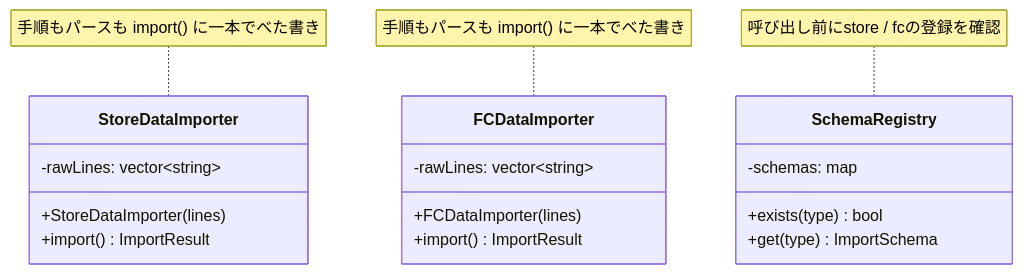
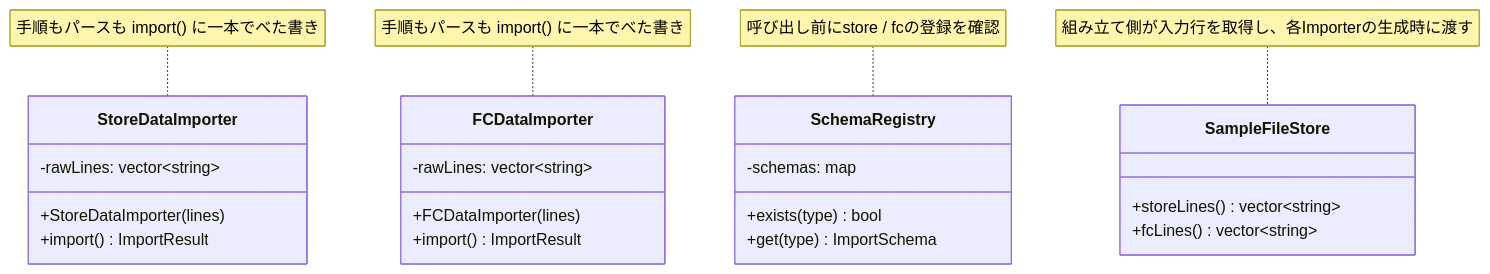
The second of 13 diagrams in kindle/design-patterns/output/chapter04.md (kumachan1101-pixel/DesignPattern), drawn with Mermaid before and after one commit. The commit also changed other lines of this file and 20 other files, not shown here.

````diff
--- a/kindle/design-patterns/output/chapter04.md
+++ b/kindle/design-patterns/output/chapter04.md
@@ -172,22 +172,27 @@
 ```mermaid
 classDiagram
     class StoreDataImporter {
         -rawLines: vector~string~
         +StoreDataImporter(lines)
         +import() ImportResult
     }
     class FCDataImporter {
         -rawLines: vector~string~
         +FCDataImporter(lines)
         +import() ImportResult
     }
     class SchemaRegistry {
         -schemas: map
         +exists(type) bool
         +get(type) ImportSchema
     }
+    class SampleFileStore {
+        +storeLines() vector~string~
+        +fcLines() vector~string~
+    }
     note for StoreDataImporter "手順もパースも import() に一本でべた書き"
     note for FCDataImporter "手順もパースも import() に一本でべた書き"
     note for SchemaRegistry "呼び出し前にstore / fcの登録を確認"
+    note for SampleFileStore "組み立て側が入力行を取得し、各Importerの生成時に渡す"
 
 ```
````
